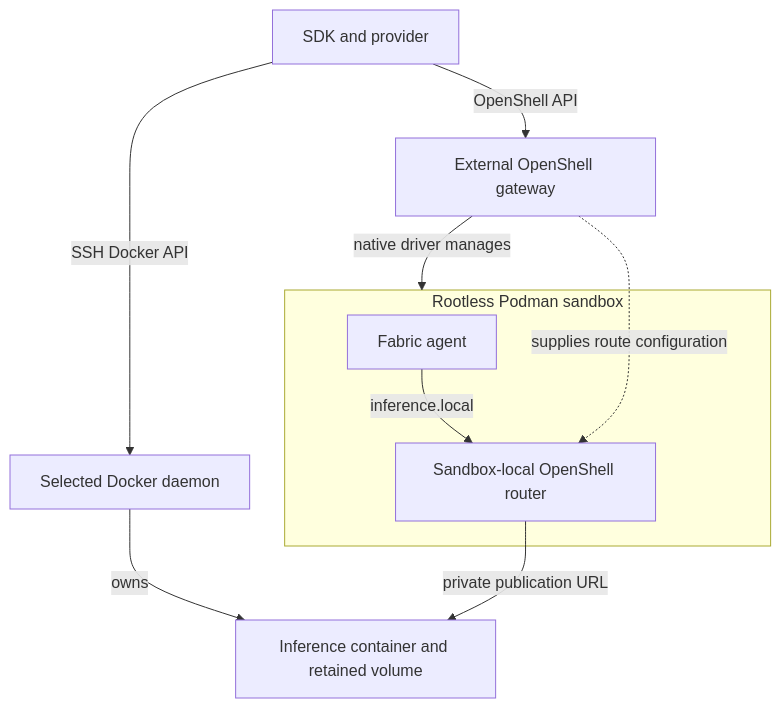
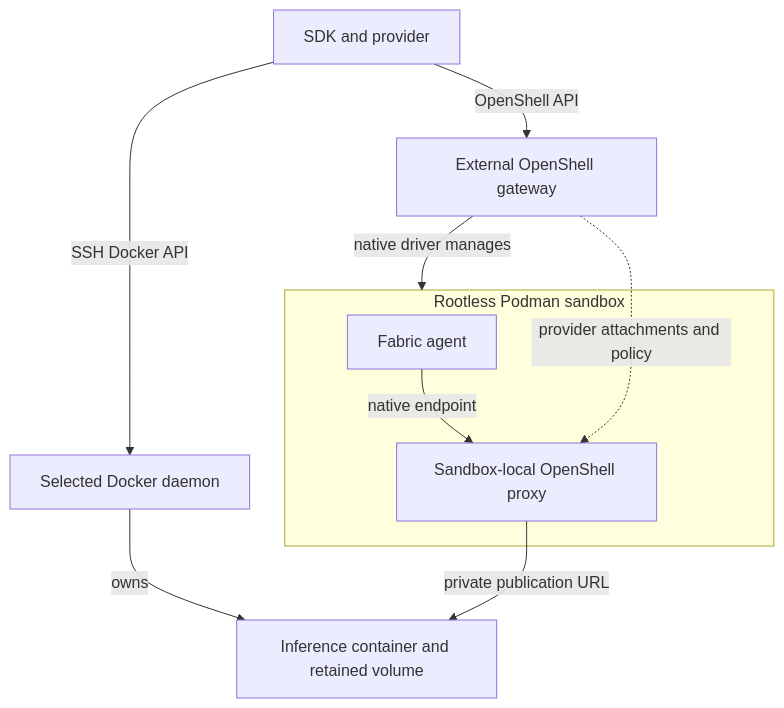
Before and after one commit to NVIDIA/NemoClaw: the diagram in docs/design/execution-targets.md, drawn with Mermaid. The commit also changed other lines of this file and 82 other files, not shown here.

````diff
--- a/docs/design/execution-targets.md
+++ b/docs/design/execution-targets.md
@@ -29,12 +29,12 @@
 ```mermaid
 flowchart TD
     Client[SDK and provider] -->|SSH Docker API| Engine[Selected Docker daemon]
     Client -->|OpenShell API| Gateway[External OpenShell gateway]
     subgraph Sandbox[Rootless Podman sandbox]
-        Agent[Fabric agent] -->|inference.local| Router[Sandbox-local OpenShell router]
+        Agent[Fabric agent] -->|native endpoint| Router[Sandbox-local OpenShell proxy]
     end
     Gateway -->|native driver manages| Sandbox
-    Gateway -. supplies route configuration .-> Router
+    Gateway -. provider attachments and policy .-> Router
     Engine -->|owns| Model[Inference container and retained volume]
     Router -->|private publication URL| Model
 ```
````
